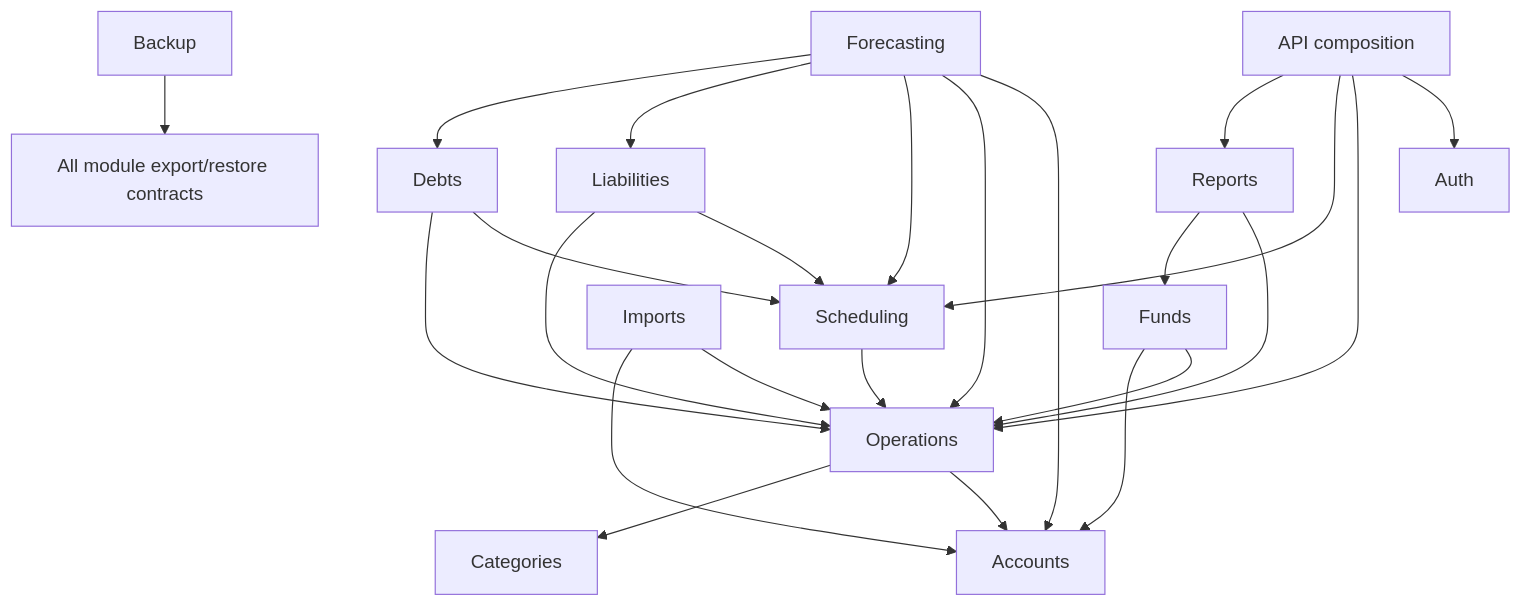
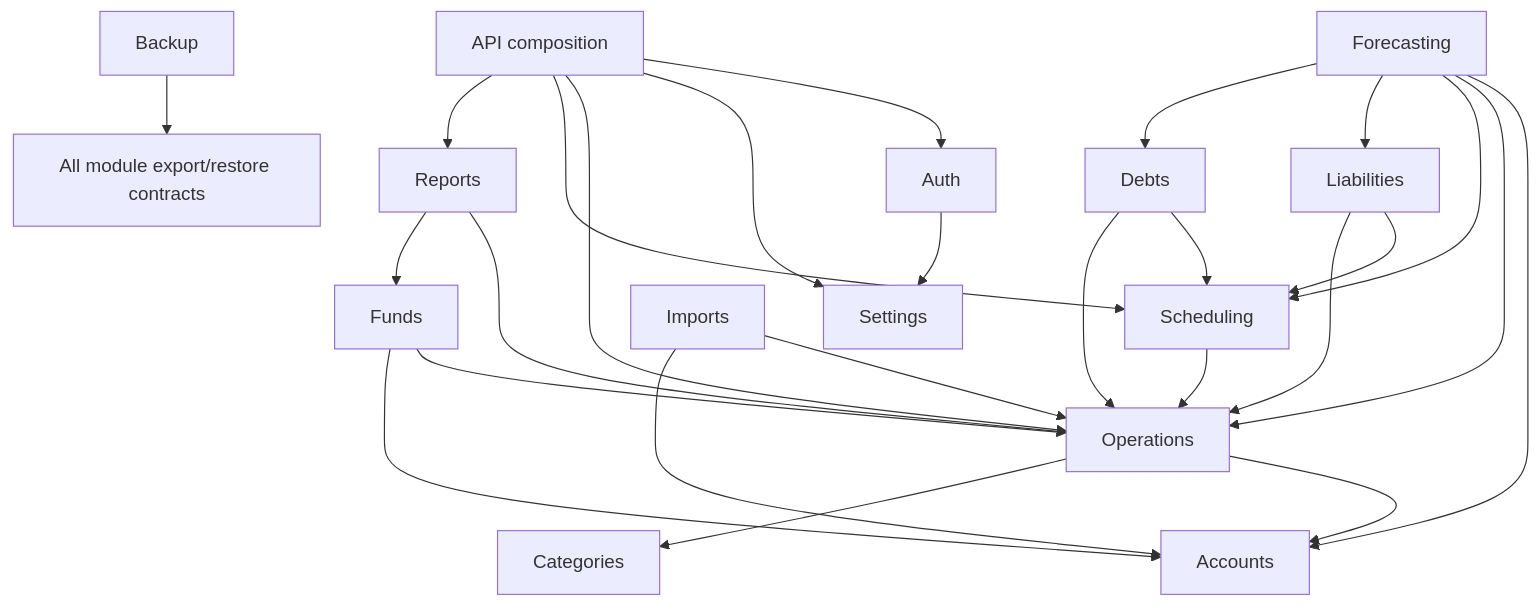
The diagram in docs/architecture/module-boundaries.md (Gollardo/hermes), drawn with Mermaid before and after one commit. The commit also changed other lines of this file and 71 other files, not shown here.

Commit message:
Update Hermes architecture and domain documentation

````diff
--- a/docs/architecture/module-boundaries.md
+++ b/docs/architecture/module-boundaries.md
@@ -30,26 +30,28 @@
 ```mermaid
 flowchart TB
     API["API composition"] --> Auth
+    API --> Settings
+    Auth --> Settings
     API --> Operations
     API --> Scheduling
     API --> Reports
     Operations --> Accounts
     Operations --> Categories
     Funds --> Operations
     Funds --> Accounts
     Scheduling --> Operations
     Liabilities --> Scheduling
     Liabilities --> Operations
     Debts --> Scheduling
     Debts --> Operations
     Forecasting --> Accounts
     Forecasting --> Operations
     Forecasting --> Scheduling
     Forecasting --> Liabilities
     Forecasting --> Debts
     Reports --> Operations
     Reports --> Funds
     Imports --> Operations
     Imports --> Accounts
     Backup --> Modules["All module export/restore contracts"]
 ```
````
